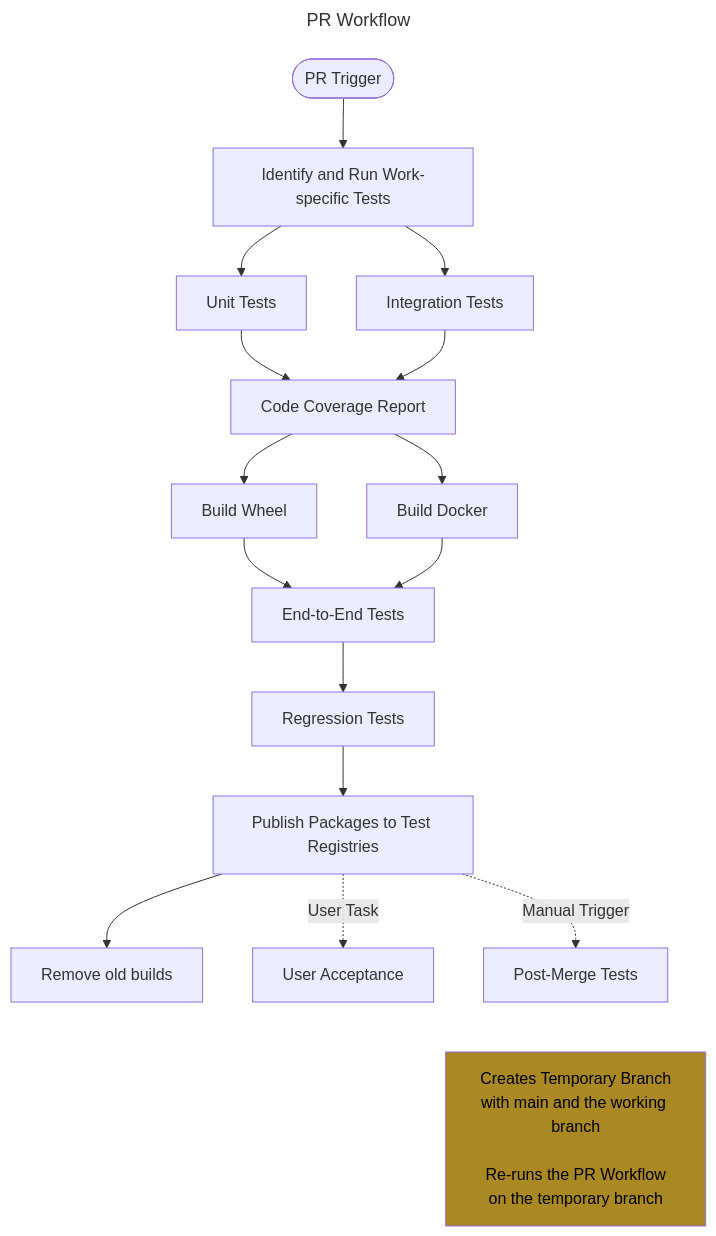
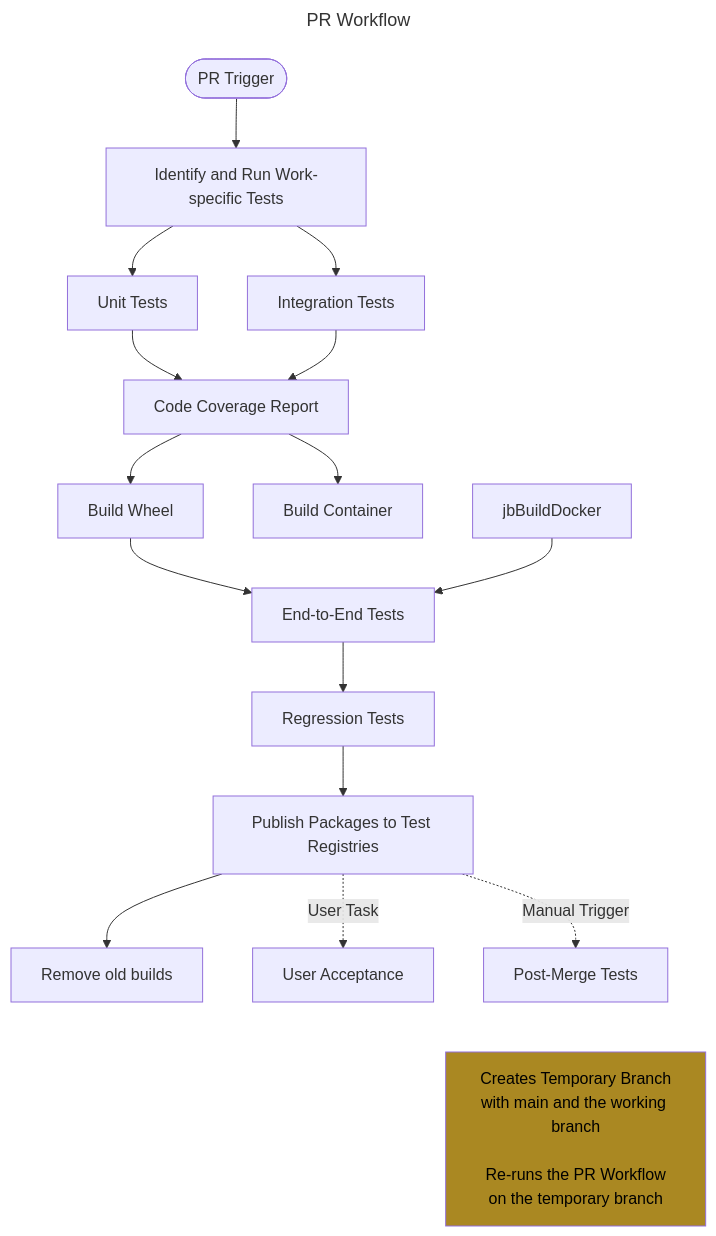
Before and after one commit to syntrend-io/syntrend: the third of 5 diagrams in .github/README.md, drawn with Mermaid. The commit also changed other lines of this file and 2 other files, not shown here.

````diff
--- a/.github/README.md
+++ b/.github/README.md
@@ -84,18 +108,18 @@
 ```mermaid
 ---
 title: PR Workflow
 ---
 flowchart
     trCommit([PR Trigger]) --> jbNewUnitTest[Identify and Run Work-specific Tests]
     jbNewUnitTest --> jbUnitTests[Unit Tests] & jbIntegrationTests[Integration Tests]
     jbUnitTests & jbIntegrationTests --> jbReportCov[Code Coverage Report]
-    jbReportCov --> jbBuildWheel[Build Wheel] & jbBuildDocker[Build Docker]
+    jbReportCov --> jbBuildWheel[Build Wheel] & jbBuildContainer[Build Container]
     jbBuildWheel & jbBuildDocker--> jbEndTests[End-to-End Tests]
     jbEndTests --> jbRegressionTests[Regression Tests]
     jbRegressionTests --> jbPublish[Publish Packages to Test Registries]
     jbPublish --> jbRemoveOldBuild[Remove old builds]
     jbPublish -.->|User Task| uat[User Acceptance]
     jbPublish -.->|Manual Trigger| jbTempBranch[Post-Merge Tests]
     jbTempBranch ~~~ n[Creates Temporary Branch\nwith main and the working branch\n\nRe-runs the PR Workflow\non the temporary branch]
     style n fill:#a82,color:#000
 ```
````
